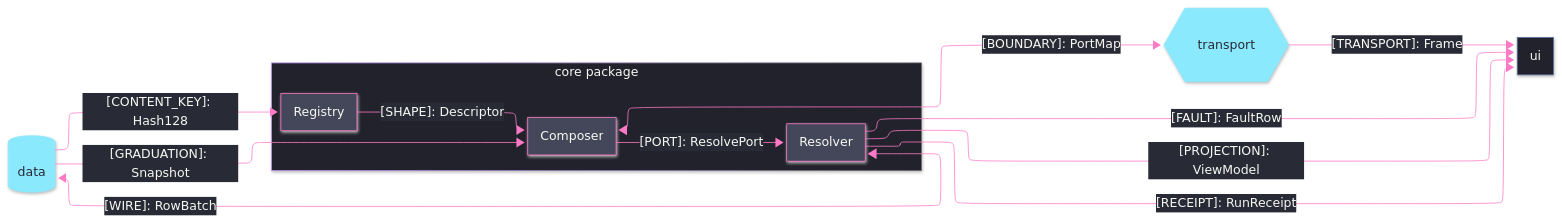
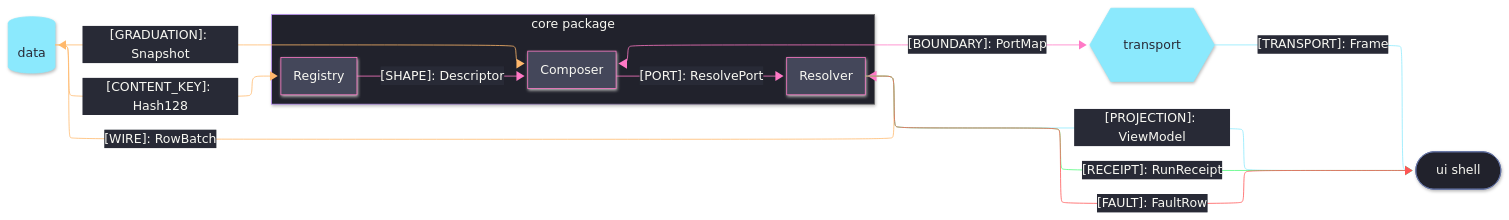
The diagram in .claude/skills/mermaid-diagramming/templates/seam-graph.mmd.md (bsamiee/Rasm), drawn with Mermaid before and after one commit. The commit also changed other lines of this file and 55 other files, not shown here.

````diff
--- a/.claude/skills/mermaid-diagramming/templates/seam-graph.mmd.md
+++ b/.claude/skills/mermaid-diagramming/templates/seam-graph.mmd.md
@@ -5,47 +5,54 @@
 ```mermaid
 ---
 config:
   layout: elk
   look: neo
   theme: base
+  elk:
+    mergeEdges: true
   themeVariables:
     darkMode: true
     background: "#282A36"
     primaryColor: "#44475A"
     primaryTextColor: "#F8F8F2"
     primaryBorderColor: "#BD93F9"
     lineColor: "#FF79C6"
     textColor: "#F8F8F2"
     clusterBkg: "#21222C"
     clusterBorder: "#6272A4"
     edgeLabelBackground: "#282A36"
     titleColor: "#F8F8F2"
+    fontFamily: "monospace"
 ---
 flowchart LR
     accTitle: Package seam registry
-    accDescr: Home package sub-domains exchanging kinded shapes with external counterparts, classed by bidirectional versus one-way seam direction.
+    accDescr: Home package sub-domains exchanging kinded shapes with external counterparts, edge rails colored by kind and nodes classed by seam direction.
     subgraph core[core package]
         Resolver[Resolver]
         Registry[Registry]
         Composer[Composer]
     end
     DataStore[(data)]
-    UiShell[ui]
+    UiShell([ui shell])
     Transport{{transport}}
     Registry -->|"[SHAPE]: Descriptor"| Composer
     Composer -->|"[PORT]: ResolvePort"| Resolver
     Resolver <-->|"[WIRE]: RowBatch"| DataStore
     DataStore -->|"[CONTENT_KEY]: Hash128"| Registry
     DataStore -->|"[GRADUATION]: Snapshot"| Composer
     Composer <-->|"[BOUNDARY]: PortMap"| Transport
     Transport -->|"[TRANSPORT]: Frame"| UiShell
     Resolver -->|"[PROJECTION]: ViewModel"| UiShell
     Resolver -->|"[RECEIPT]: RunReceipt"| UiShell
     Resolver -->|"[FAULT]: FaultRow"| UiShell
+    linkStyle 2,3,4 stroke:#FFB86C
+    linkStyle 6,7 stroke:#8BE9FD
+    linkStyle 8 stroke:#50FA7B
+    linkStyle 9 stroke:#FF5555
     classDef primary fill:#44475A,stroke:#FF79C6,color:#F8F8F2
     classDef external fill:#8BE9FD,stroke:#8BE9FD,color:#282A36
     classDef annotation fill:#21222C,stroke:#6272A4,color:#F8F8F2
     class Resolver,Registry,Composer primary
     class DataStore,Transport external
     class UiShell annotation
 ```
````
